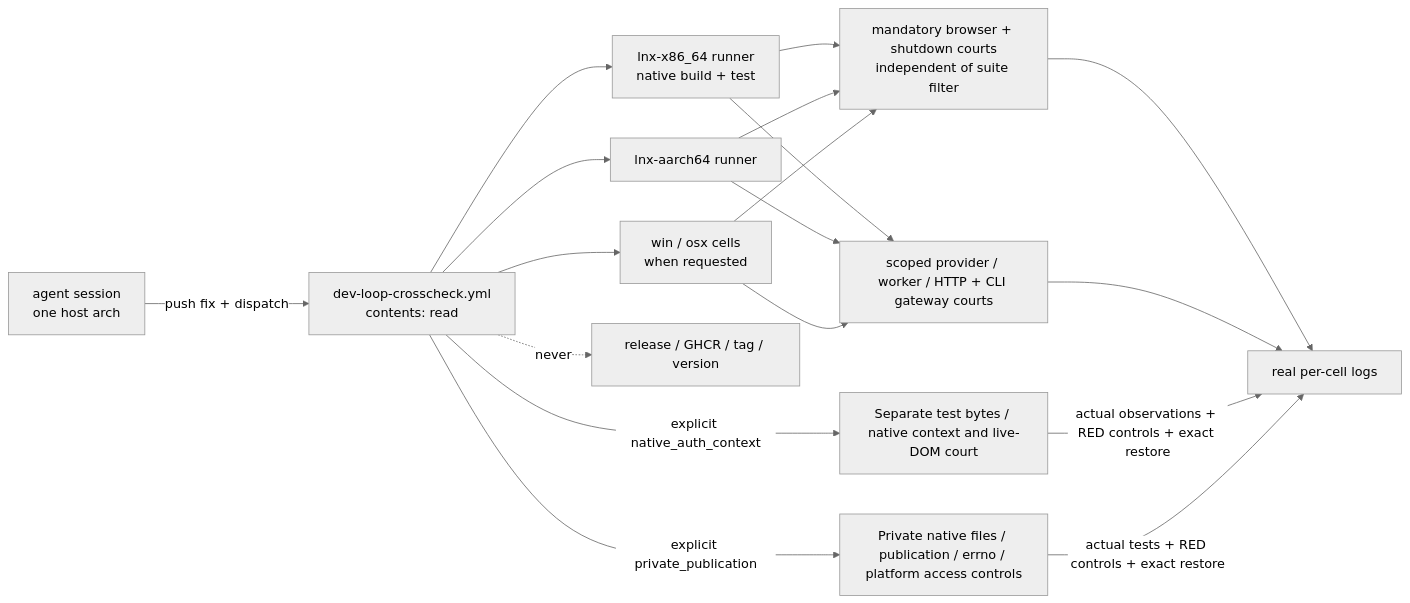
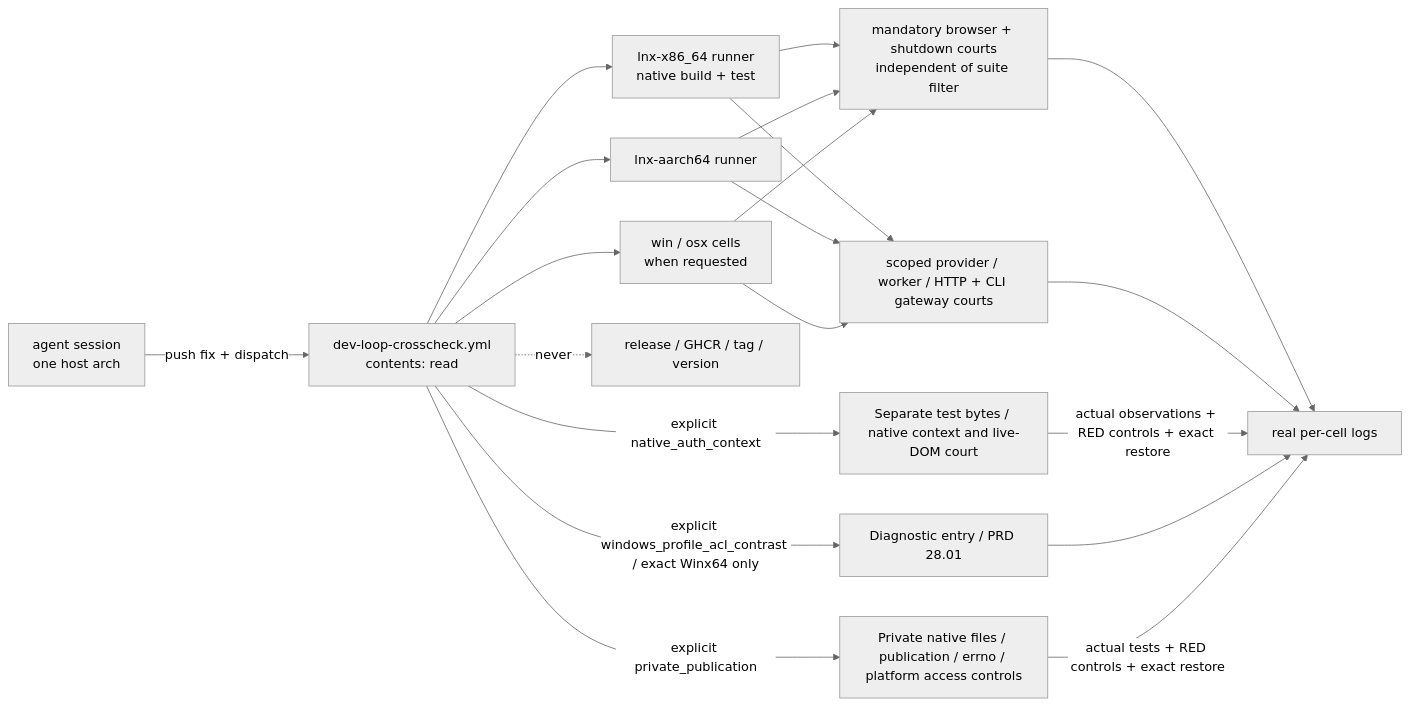
The diagram in prd/PRD_02_32_dev_loop_crosscheck.md (partnernetsoftware/minicon), drawn with Mermaid (neutral theme) before and after one commit. The commit also changed other lines of this file and 8 other files, not shown here.

Commit message:
test: compare fresh Windows browser profile permissions

````diff
--- a/prd/PRD_02_32_dev_loop_crosscheck.md
+++ b/prd/PRD_02_32_dev_loop_crosscheck.md
@@ -43,16 +48,18 @@
 ```mermaid
 flowchart LR
     A["agent session<br/>one host arch"] -->|push fix + dispatch| W["dev-loop-crosscheck.yml<br/>contents: read"]
     W --> C1["lnx-x86_64 runner<br/>native build + test"]
     W --> C2["lnx-aarch64 runner"]
     W --> C3["win / osx cells<br/>when requested"]
     C1 & C2 & C3 --> M["mandatory browser + shutdown courts<br/>independent of suite filter"]
     M --> L["real per-cell logs"]
     C1 & C2 & C3 --> G["scoped provider / worker / HTTP + CLI gateway courts"]
     G --> L
     W -->|explicit native_auth_context| T[Separate test bytes / native context and live-DOM court]
     T -->|actual observations + RED controls + exact restore| L
+    W -->|explicit windows_profile_acl_contrast / exact Winx64 only| ACL[Diagnostic entry / PRD 28.01]
+    ACL --> L
     W -->|explicit private_publication| PP[Private native files / publication / errno / platform access controls]
     PP -->|actual tests + RED controls + exact restore| L
     W -. never .-> R["release / GHCR / tag / version"]
 ```
````
